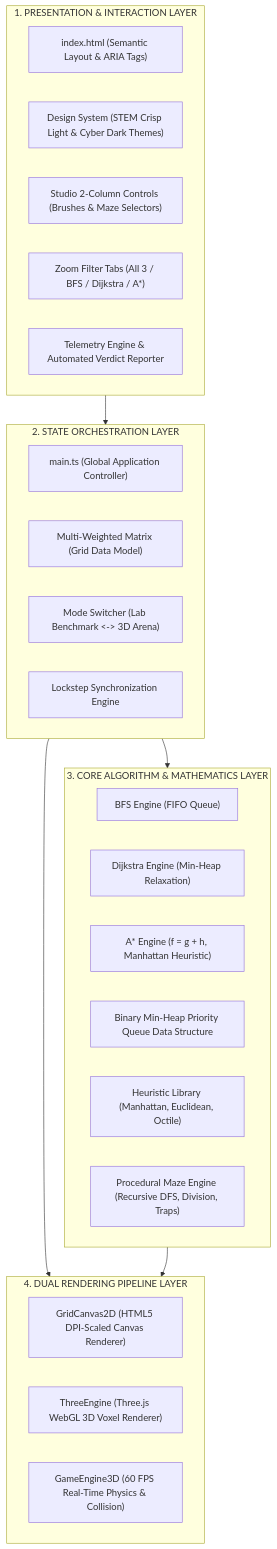
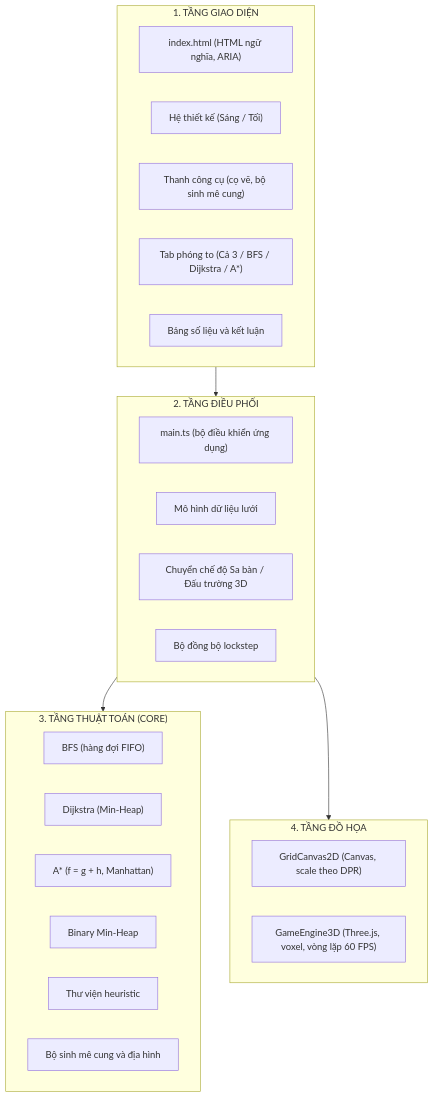
The sixth of 7 diagrams in docs/PathQuest_Technical_Analysis.md (minhduc01168/pathfinding-visualizer-3d), drawn with Mermaid before and after one commit. The commit also changed other lines of this file, not shown here.

````diff
--- a/docs/PathQuest_Technical_Analysis.md
+++ b/docs/PathQuest_Technical_Analysis.md
@@ -447,37 +403,35 @@
 ```mermaid
 flowchart TD
-    subgraph Layer1["1. PRESENTATION & INTERACTION LAYER"]
-        HTML["index.html (Semantic Layout & ARIA Tags)"]
-        CSS["Design System (STEM Crisp Light & Cyber Dark Themes)"]
-        Toolbar["Studio 2-Column Controls (Brushes & Maze Selectors)"]
-        ZoomTabs["Zoom Filter Tabs (All 3 / BFS / Dijkstra / A*)"]
-        Dashboard["Telemetry Engine & Automated Verdict Reporter"]
+    subgraph Layer1["1. TẦNG GIAO DIỆN"]
+        HTML["index.html (HTML ngữ nghĩa, ARIA)"]
+        CSS["Hệ thiết kế (Sáng / Tối)"]
+        Toolbar["Thanh công cụ (cọ vẽ, bộ sinh mê cung)"]
+        ZoomTabs["Tab phóng to (Cả 3 / BFS / Dijkstra / A*)"]
+        Dashboard["Bảng số liệu và kết luận"]
     end
 
-    subgraph Layer2["2. STATE ORCHESTRATION LAYER"]
-        Main["main.ts (Global Application Controller)"]
-        GridState["Multi-Weighted Matrix (Grid Data Model)"]
-        ModeManager["Mode Switcher (Lab Benchmark <-> 3D Arena)"]
-        LockstepEngine["Lockstep Synchronization Engine"]
+    subgraph Layer2["2. TẦNG ĐIỀU PHỐI"]
+        Main["main.ts (bộ điều khiển ứng dụng)"]
+        GridState["Mô hình dữ liệu lưới"]
+        ModeManager["Chuyển chế độ Sa bàn / Đấu trường 3D"]
+        LockstepEngine["Bộ đồng bộ lockstep"]
     end
 
-    subgraph Layer3["3. CORE ALGORITHM & MATHEMATICS LAYER"]
-        BFS["BFS Engine (FIFO Queue)"]
-        Dijkstra["Dijkstra Engine (Min-Heap Relaxation)"]
-        AStar["A* Engine (f = g + h, Manhattan Heuristic)"]
-        MinHeap["Binary Min-Heap Priority Queue Data Structure"]
-        Heuristics["Heuristic Library (Manhattan, Euclidean, Octile)"]
-        MazeGen["Procedural Maze Engine (Recursive DFS, Division, Traps)"]
+    subgraph Layer3["3. TẦNG THUẬT TOÁN (CORE)"]
+        BFS["BFS (hàng đợi FIFO)"]
+        Dijkstra["Dijkstra (Min-Heap)"]
+        AStar["A* (f = g + h, Manhattan)"]
+        MinHeap["Binary Min-Heap"]
+        Heuristics["Thư viện heuristic"]
+        MazeGen["Bộ sinh mê cung và địa hình"]
     end
 
-    subgraph Layer4["4. DUAL RENDERING PIPELINE LAYER"]
-        Canvas2D["GridCanvas2D (HTML5 DPI-Scaled Canvas Renderer)"]
-        ThreeEngine["ThreeEngine (Three.js WebGL 3D Voxel Renderer)"]
-        GameEngine3D["GameEngine3D (60 FPS Real-Time Physics & Collision)"]
+    subgraph Layer4["4. TẦNG ĐỒ HỌA"]
+        Canvas2D["GridCanvas2D (Canvas, scale theo DPR)"]
+        ThreeEngine["GameEngine3D (Three.js, voxel, vòng lặp 60 FPS)"]
     end
 
     Layer1 --> Layer2
     Layer2 --> Layer3
     Layer2 --> Layer4
-    Layer3 --> Layer4
 ```
````
